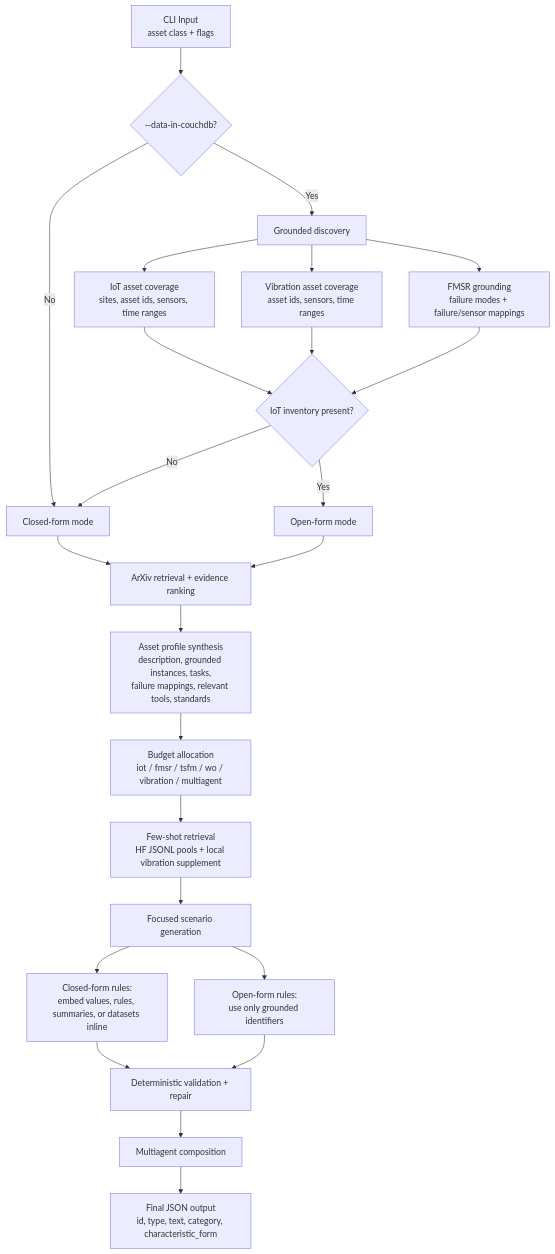
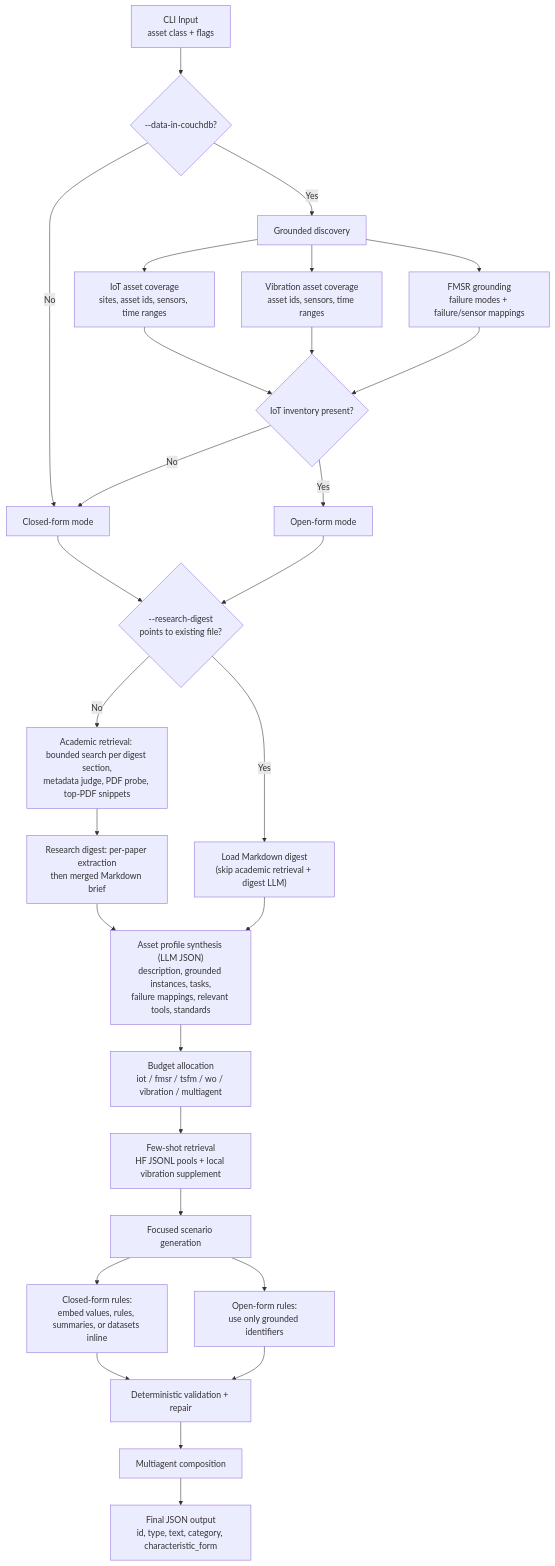
The diagram in src/scenarios/README.md (Rohith-Kanathur/AssetOpsBench), drawn with Mermaid before and after one commit. The commit also changed other lines of this file and 20 other files, not shown here.

Commit message:
Add Semantic Scholar retrieval, research digest synthesis, and PDF probing

````diff
--- a/src/scenarios/README.md
+++ b/src/scenarios/README.md
@@ -104,34 +119,40 @@
 ```mermaid
 flowchart TD
     A["CLI Input<br/>asset class + flags"] --> B{"--data-in-couchdb?"}
     B -->|No| C["Closed-form mode"]
     B -->|Yes| D["Grounded discovery"]
 
     D --> D1["IoT asset coverage<br/>sites, asset ids, sensors, time ranges"]
     D --> D2["Vibration asset coverage<br/>asset ids, sensors, time ranges"]
     D --> D3["FMSR grounding<br/>failure modes + failure/sensor mappings"]
 
     D1 --> E{"IoT inventory present?"}
     D2 --> E
     D3 --> E
 
     E -->|No| C
     E -->|Yes| F["Open-form mode"]
 
-    C --> G["ArXiv retrieval + evidence ranking"]
-    F --> G
+    C --> Rd{"--research-digest<br/>points to existing file?"}
+    F --> Rd
 
-    G --> H["Asset profile synthesis<br/>description, grounded instances, tasks,<br/>failure mappings, relevant tools, standards"]
+    Rd -->|Yes| Gp["Load Markdown digest<br/>(skip academic retrieval + digest LLM)"]
+    Rd -->|No| G["Academic retrieval: bounded search per digest section,<br/>metadata judge, PDF probe, top-PDF snippets"]
+
+    G --> Gm["Research digest: per-paper extraction<br/>then merged Markdown brief"]
+
+    Gm --> H["Asset profile synthesis (LLM JSON)<br/>description, grounded instances, tasks,<br/>failure mappings, relevant tools, standards"]
+    Gp --> H
     H --> I["Budget allocation<br/>iot / fmsr / tsfm / wo / vibration / multiagent"]
     I --> J["Few-shot retrieval<br/>HF JSONL pools + local vibration supplement"]
 
     J --> K["Focused scenario generation"]
     K --> K1["Closed-form rules:<br/>embed values, rules, summaries, or datasets inline"]
     K --> K2["Open-form rules:<br/>use only grounded identifiers"]
 
     K1 --> L["Deterministic validation + repair"]
     K2 --> L
 
     L --> M["Multiagent composition"]
     M --> N["Final JSON output<br/>id, type, text, category, characteristic_form"]
 ```
````
